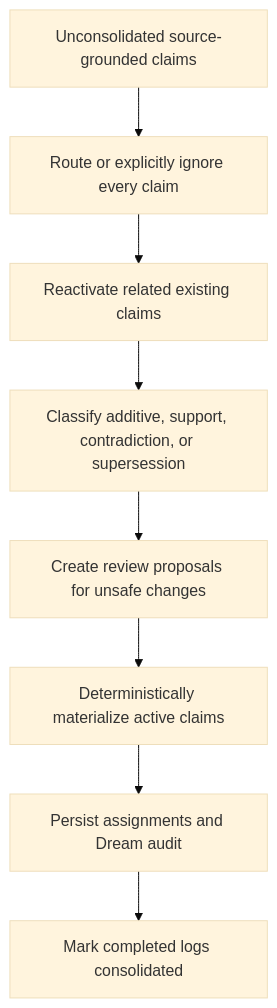
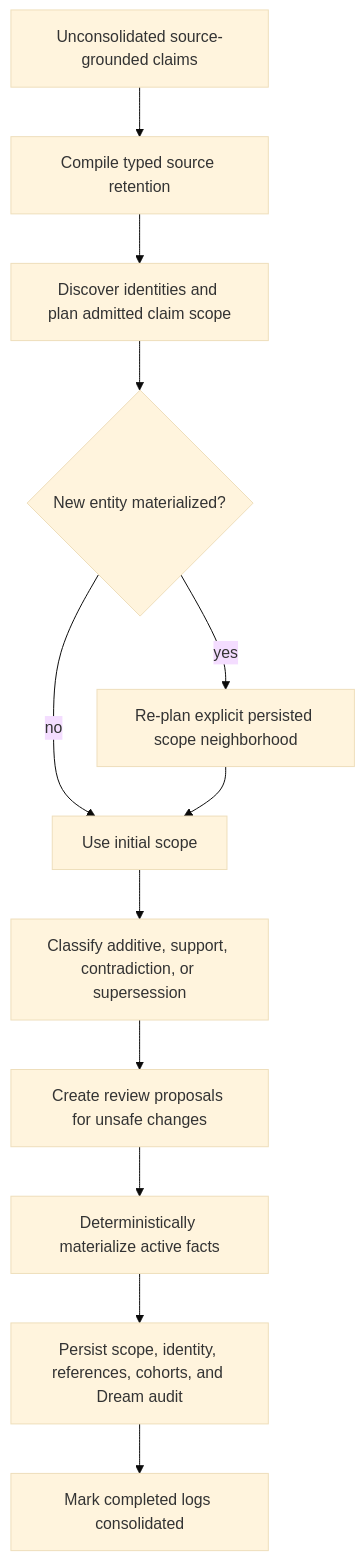
The diagram in DESIGN.md (nsadras/mycelium), drawn with Mermaid (base theme) before and after one commit. The commit also changed other lines of this file and 24 other files, not shown here.

Commit message:
Implement typed M1 memory scope architecture

````diff
--- a/DESIGN.md
+++ b/DESIGN.md
@@ -79,10 +81,14 @@
 ```mermaid
 flowchart TD
-    A[Unconsolidated source-grounded claims] --> B[Route or explicitly ignore every claim]
-    B --> C[Reactivate related existing claims]
-    C --> D[Classify additive, support, contradiction, or supersession]
-    D --> E[Create review proposals for unsafe changes]
-    E --> F[Deterministically materialize active claims]
-    F --> G[Persist assignments and Dream audit]
-    G --> H[Mark completed logs consolidated]
+    A[Unconsolidated source-grounded claims] --> B[Compile typed source retention]
+    B --> C[Discover identities and plan admitted claim scope]
+    C --> D{New entity materialized?}
+    D -->|yes| E[Re-plan explicit persisted scope neighborhood]
+    D -->|no| F[Use initial scope]
+    E --> F
+    F --> G[Classify additive, support, contradiction, or supersession]
+    G --> H[Create review proposals for unsafe changes]
+    H --> I[Deterministically materialize active facts]
+    I --> J[Persist scope, identity, references, cohorts, and Dream audit]
+    J --> K[Mark completed logs consolidated]
 ```
````
